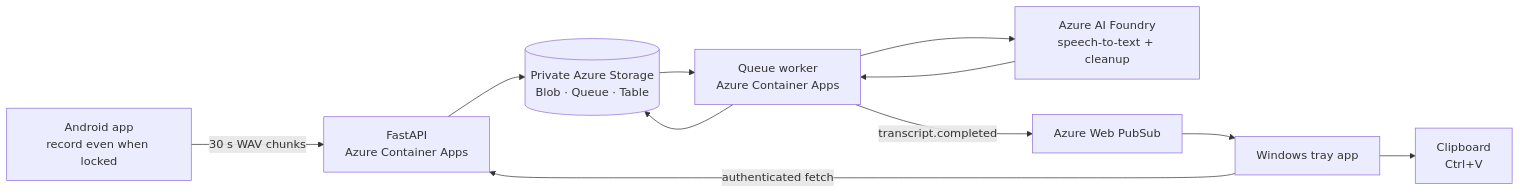
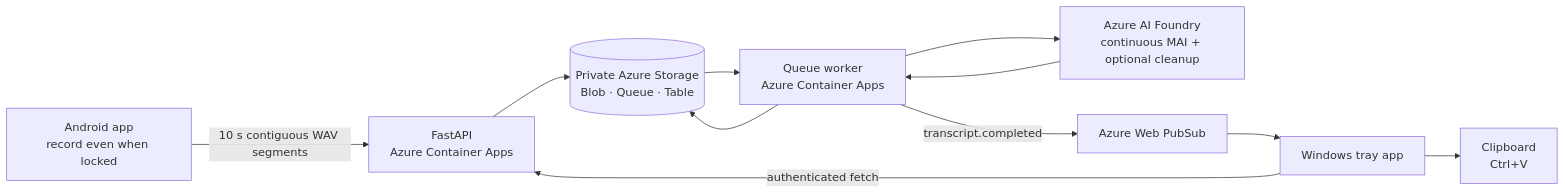
One commit to tkubica12/cot-voice-recorder changed the diagram in README.md. Above: the diagram before and after it, drawn with Mermaid. The commit also changed other lines of this file and 43 other files, not shown here.

````diff
--- a/README.md
+++ b/README.md
@@ -94,22 +103,22 @@
 ```mermaid
 flowchart LR
     A["Android app<br/>record even when locked"]
     API["FastAPI<br/>Azure Container Apps"]
     ST[("Private Azure Storage<br/>Blob · Queue · Table")]
     WK["Queue worker<br/>Azure Container Apps"]
-    AI["Azure AI Foundry<br/>speech-to-text + cleanup"]
+    AI["Azure AI Foundry<br/>continuous MAI + optional cleanup"]
     WPS["Azure Web PubSub"]
     W["Windows tray app"]
     C["Clipboard<br/>Ctrl+V"]
 
-    A -->|"30 s WAV chunks"| API
+    A -->|"10 s contiguous WAV segments"| API
     API --> ST
     ST --> WK
     WK --> AI
     AI --> WK
     WK --> ST
     WK -->|"transcript.completed"| WPS
     WPS --> W
     W -->|"authenticated fetch"| API
     W --> C
 ```
````
